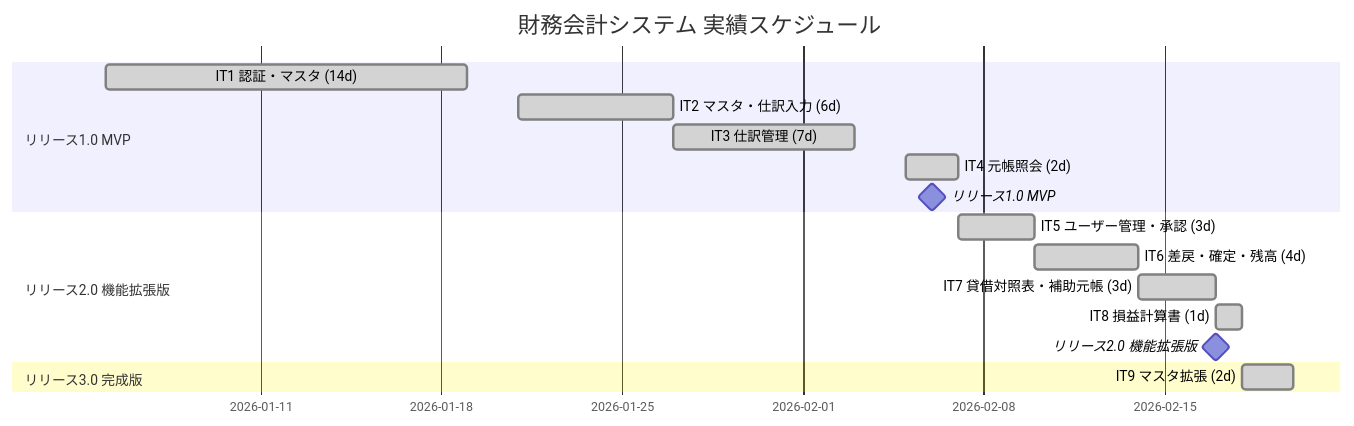
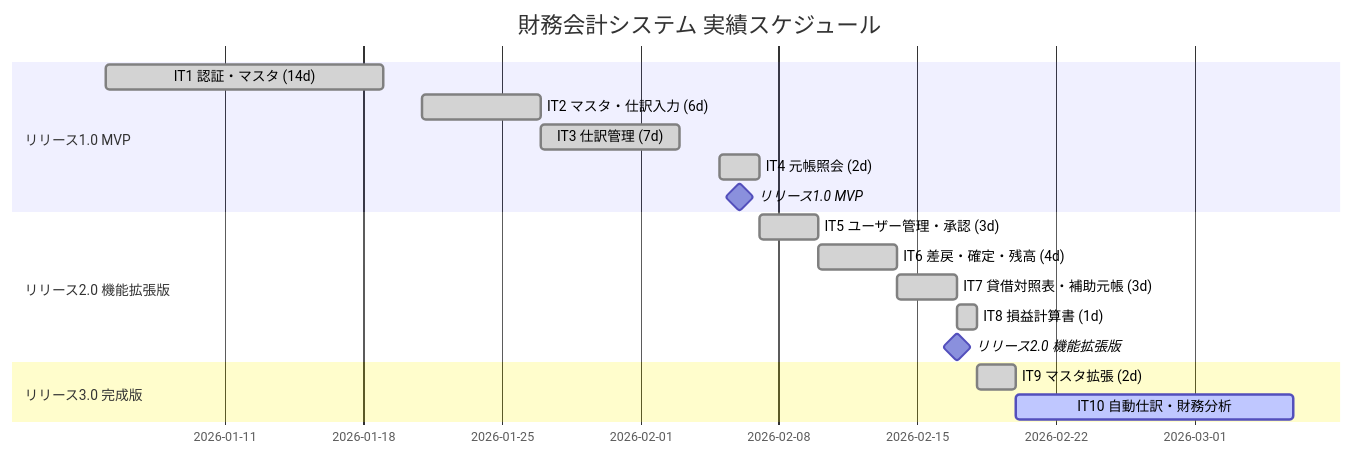
Before and after one commit to k2works/case-study-accounting: the fifth of 6 diagrams in docs/development/release_plan.md, drawn with Mermaid. The commit also changed 3 other files, not shown here.

````diff
--- a/docs/development/release_plan.md
+++ b/docs/development/release_plan.md
@@ -293,22 +293,23 @@
 ```mermaid
 gantt
     title 財務会計システム 実績スケジュール
     dateFormat  YYYY-MM-DD
 
     section リリース1.0 MVP
     IT1 認証・マスタ (14d)     :done, a1, 2026-01-05, 14d
     IT2 マスタ・仕訳入力 (6d)  :done, a2, 2026-01-21, 6d
     IT3 仕訳管理 (7d)          :done, a3, 2026-01-27, 7d
     IT4 元帳照会 (2d)          :done, a4, 2026-02-05, 2d
     リリース1.0 MVP            :milestone, ma1, 2026-02-06, 0d
 
     section リリース2.0 機能拡張版
     IT5 ユーザー管理・承認 (3d) :done, a5, 2026-02-07, 3d
     IT6 差戻・確定・残高 (4d)   :done, a6, 2026-02-10, 4d
     IT7 貸借対照表・補助元帳 (3d) :done, a7, 2026-02-14, 3d
     IT8 損益計算書 (1d)          :done, a8, 2026-02-17, 1d
     リリース2.0 機能拡張版      :milestone, ma2, 2026-02-17, 0d
 
     section リリース3.0 完成版
     IT9 マスタ拡張 (2d)          :done, a9, 2026-02-18, 2d
+    IT10 自動仕訳・財務分析       :active, a10, 2026-02-20, 14d
 ```
````
